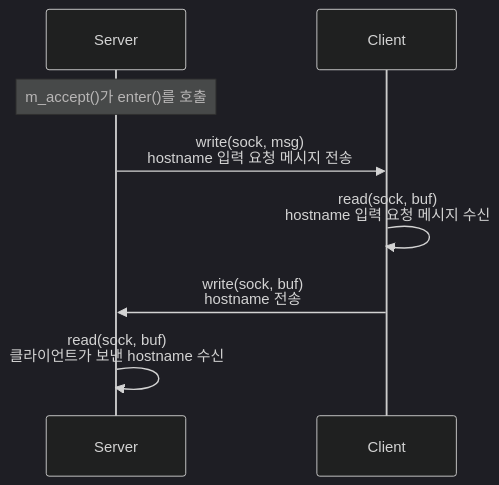
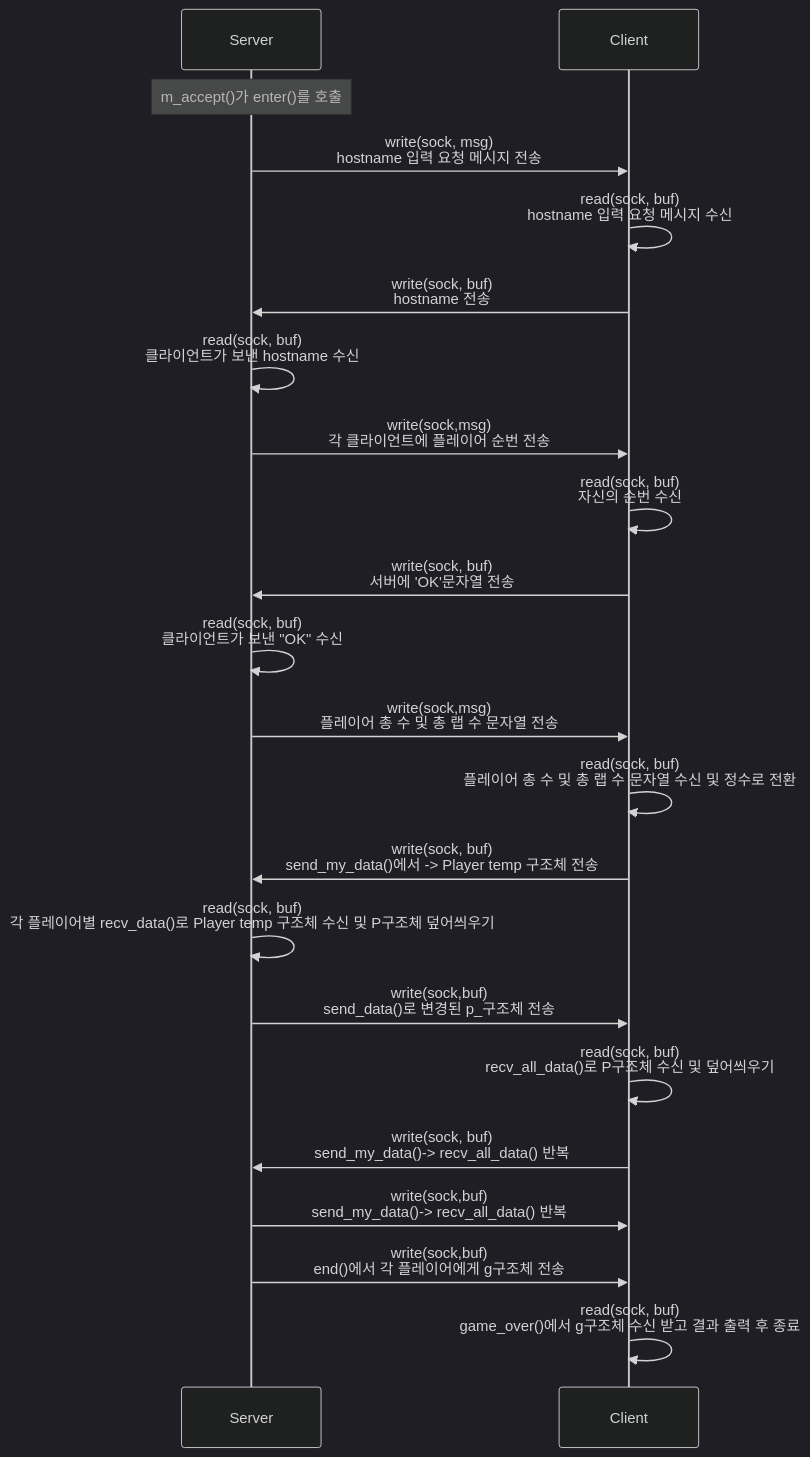
Before and after one commit to dkim-04/Network_coding: the third of 3 diagrams in race_game/code_flow/readme.md, drawn with Mermaid (dark theme).

````diff
--- a/race_game/code_flow/readme.md
+++ b/race_game/code_flow/readme.md
@@ -24,18 +24,45 @@
 ```mermaid
 sequenceDiagram
     participant Server
     participant Client
 
     Note over Server: m_accept()가 enter()를 호출
 
     Server->>Client: write(sock, msg)<br/>hostname 입력 요청 메시지 전송
 
     Client->>Client: read(sock, buf)<br/>hostname 입력 요청 메시지 수신
 
     Client->>Server: write(sock, buf)<br/>hostname 전송
 
     Server->>Server: read(sock, buf)<br/>클라이언트가 보낸 hostname 수신
 
+    Server->>Client: write(sock,msg)<br/>각 클라이언트에 플레이어 순번 전송
+    
+    Client->>Client: read(sock, buf)<br/>자신의 순번 수신
+    
+    Client->>Server: write(sock, buf)<br/>서버에 'OK'문자열 전송
+
+    Server->>Server: read(sock, buf)<br/>클라이언트가 보낸 "OK" 수신
+
+    Server->>Client: write(sock,msg)<br/>플레이어 총 수 및 총 랩 수 문자열 전송
+
+    Client->>Client: read(sock, buf)<br/>플레이어 총 수 및 총 랩 수 문자열 수신 및 정수로 전환
+
+    Client->>Server: write(sock, buf)<br/>send_my_data()에서 -> Player temp 구조체 전송
+
+     Server->>Server: read(sock, buf)<br/>각 플레이어별 recv_data()로 Player temp 구조체 수신 및 P구조체 덮어씌우기
+    
+    Server->>Client: write(sock,buf)<br/> send_data()로 변경된 p_구조체 전송
+
+    Client->>Client: read(sock, buf)<br/>recv_all_data()로 P구조체 수신 및 덮어씌우기
+
+    Client->>Server: write(sock, buf)<br/>send_my_data()-> recv_all_data() 반복
+    
+     Server->>Client: write(sock,buf)<br/>send_my_data()-> recv_all_data() 반복
+
+    Server->>Client: write(sock,buf)<br/>end()에서 각 플레이어에게 g구조체 전송
+
+     Client->>Client: read(sock, buf)<br/>game_over()에서 g구조체 수신 받고 결과 출력 후 종료
     
     
 ```
````
